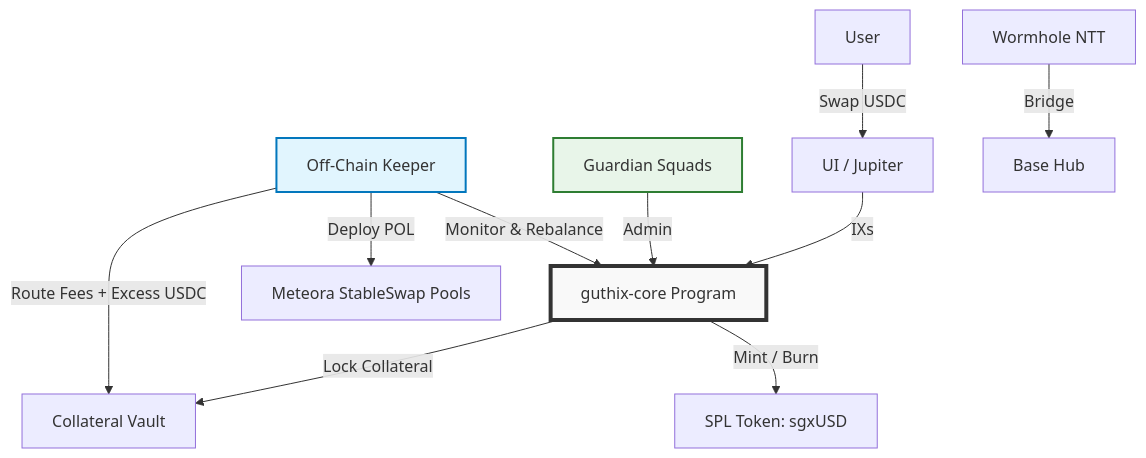
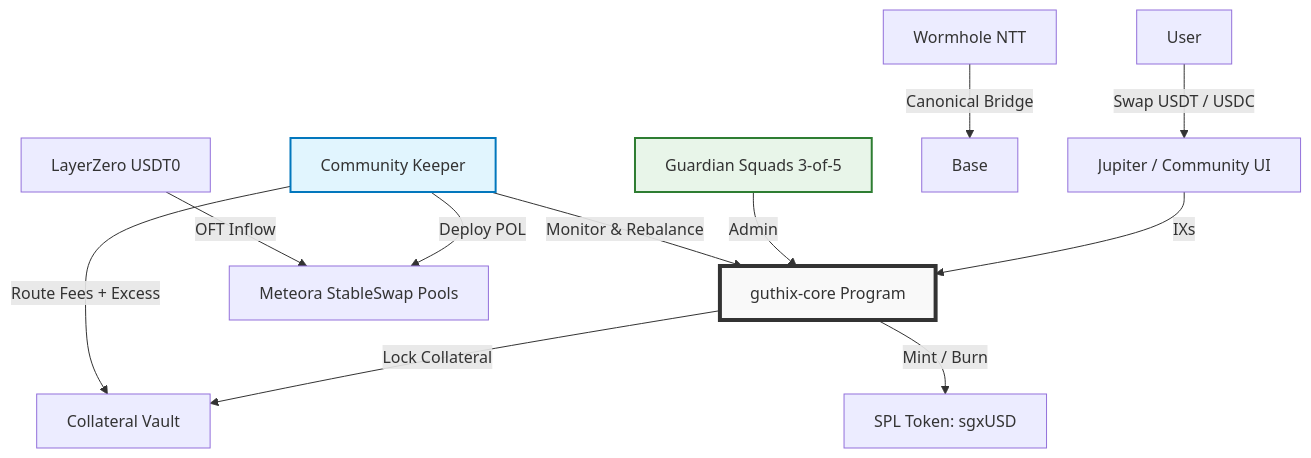
Before and after one commit to RedactedBuilder/guthix: the diagram in README.md, drawn with Mermaid. The commit also changed other lines of this file, not shown here.

````diff
--- a/README.md
+++ b/README.md
@@ -40,19 +50,20 @@
 ```mermaid
 graph TD
-    User[User] -->|Swap USDC| Interface[UI / Jupiter]
+    User[User] -->|Swap USDT / USDC| Interface[Jupiter / Community UI]
     Interface -->|IXs| Core[guthix-core Program]
 
     Core -->|Lock Collateral| Vault[Collateral Vault]
     Core -->|Mint / Burn| Token[SPL Token: sgxUSD]
 
-    Guardian[Guardian Squads] -->|Admin| Core
-    Keeper[Off-Chain Keeper] -->|Monitor & Rebalance| Core
+    Guardian[Guardian Squads 3-of-5] -->|Admin| Core
+    Keeper[Community Keeper] -->|Monitor & Rebalance| Core
     Keeper -->|Deploy POL| Meteora[Meteora StableSwap Pools]
-    Keeper -->|Route Fees + Excess USDC| Vault
+    Keeper -->|Route Fees + Excess| Vault
 
-    Wormhole[Wormhole NTT] -->|Bridge| Base[Base Hub]
+    Wormhole[Wormhole NTT] -->|Canonical Bridge| Base[Base]
+    LayerZero[LayerZero USDT0] -->|OFT Inflow| Meteora
 
     style Core fill:#f9f9f9,stroke:#333,stroke-width:4px
     style Keeper fill:#e1f5fe,stroke:#0277bd,stroke-width:2px
     style Guardian fill:#e8f5e9,stroke:#2e7d32,stroke-width:2px
 ```
````
